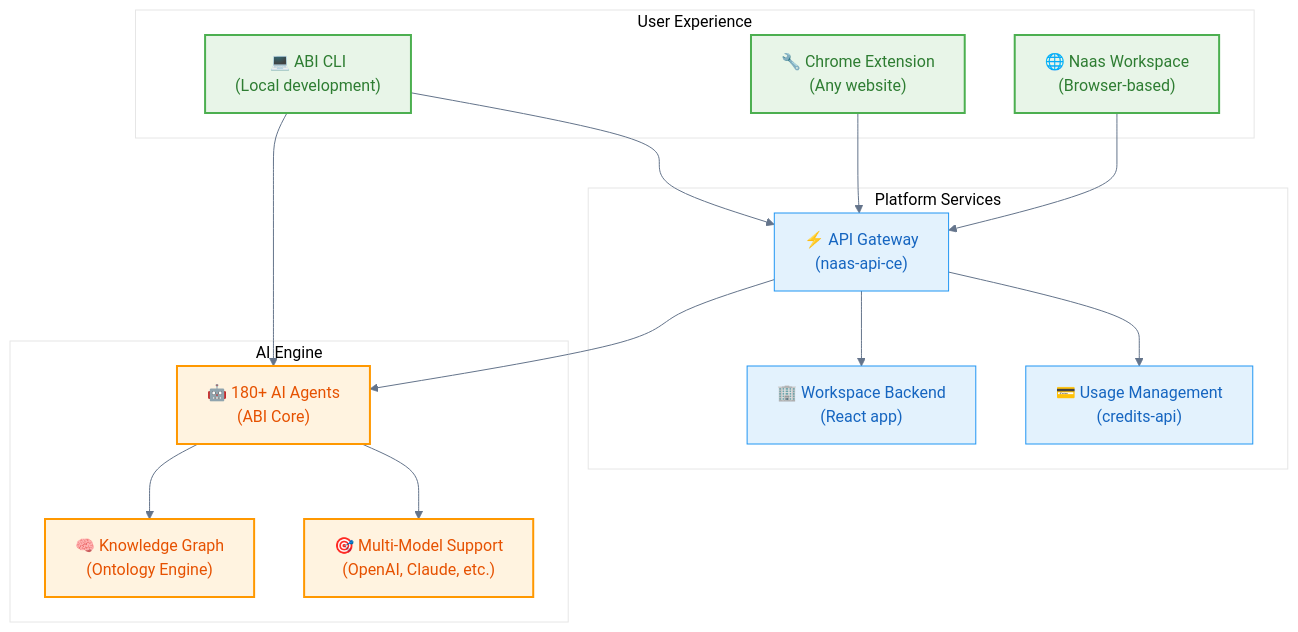
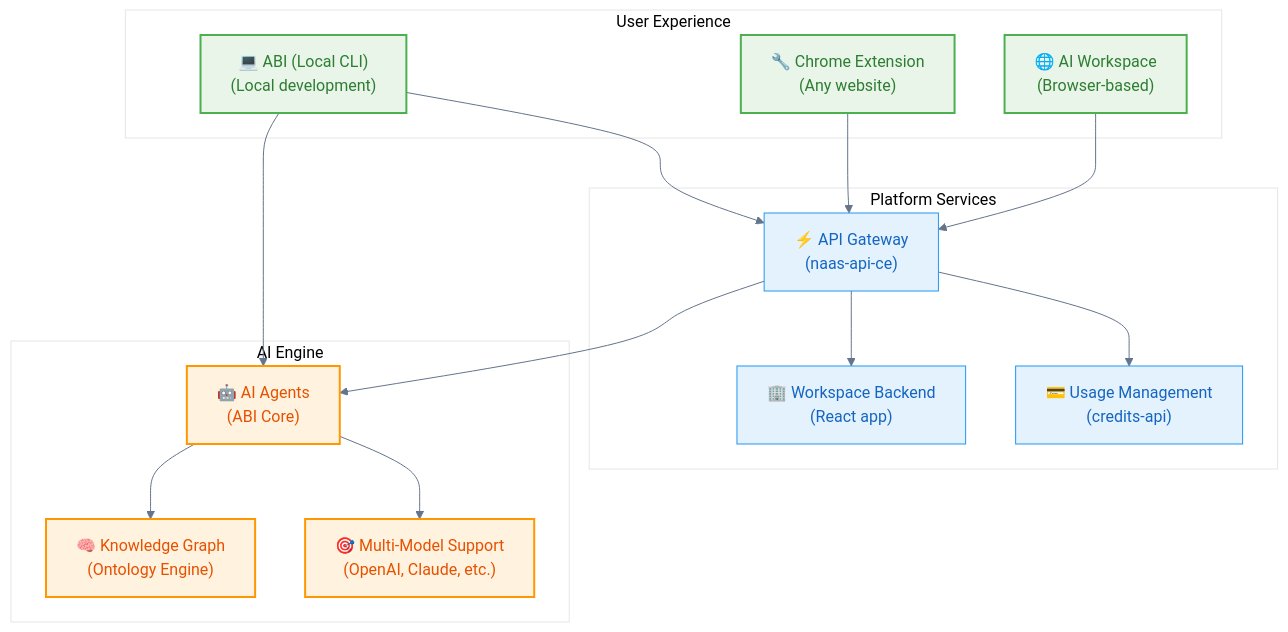
One commit to jupyter-naas/docs changed the diagram in site/docs/get-started/introduction.md. Above: the diagram before and after it, drawn with Mermaid. The commit also changed other lines of this file and 9 other files, not shown here.

````diff
--- a/site/docs/get-started/introduction.md
+++ b/site/docs/get-started/introduction.md
@@ -23,41 +23,41 @@
 ```mermaid
 %%{init: {'theme':'base', 'themeVariables': {'primaryColor': '#f8fafc', 'primaryTextColor': '#1e293b', 'primaryBorderColor': '#e2e8f0', 'lineColor': '#64748b'}}}%%
 graph TB
     subgraph "User Experience"
-        WEB["🌐 Naas Workspace<br/>(Browser-based)"]
+        WEB["🌐 AI Workspace<br/>(Browser-based)"]
         EXT["🔧 Chrome Extension<br/>(Any website)"]
-        CLI["💻 ABI CLI<br/>(Local development)"]
+        CLI["💻 ABI (Local CLI)<br/>(Local development)"]
     end
     
     subgraph "Platform Services"
         API["⚡ API Gateway<br/>(naas-api-ce)"]
         WORKSPACE["🏢 Workspace Backend<br/>(React app)"]
         CREDITS["💳 Usage Management<br/>(credits-api)"]
     end
     
     subgraph "AI Engine"
-        AGENTS["🤖 180+ AI Agents<br/>(ABI Core)"]
+        AGENTS["🤖 AI Agents<br/>(ABI Core)"]
         ONTOLOGY["🧠 Knowledge Graph<br/>(Ontology Engine)"]
         MODELS["🎯 Multi-Model Support<br/>(OpenAI, Claude, etc.)"]
     end
     
     WEB --> API
     EXT --> API
     CLI --> AGENTS
     CLI --> API
     
     API --> WORKSPACE
     API --> CREDITS
     API --> AGENTS
     
     AGENTS --> ONTOLOGY
     AGENTS --> MODELS
     
     classDef userExp fill:#e8f5e8,stroke:#4caf50,stroke-width:2px,color:#2e7d32
     classDef platform fill:#e3f2fd,stroke:#2196f3,stroke-width:1px,color:#1565c0
     classDef aiEngine fill:#fff3e0,stroke:#ff9800,stroke-width:2px,color:#e65100
     
     class WEB,EXT,CLI userExp
     class API,WORKSPACE,CREDITS platform
     class AGENTS,ONTOLOGY,MODELS aiEngine
 ```
````
